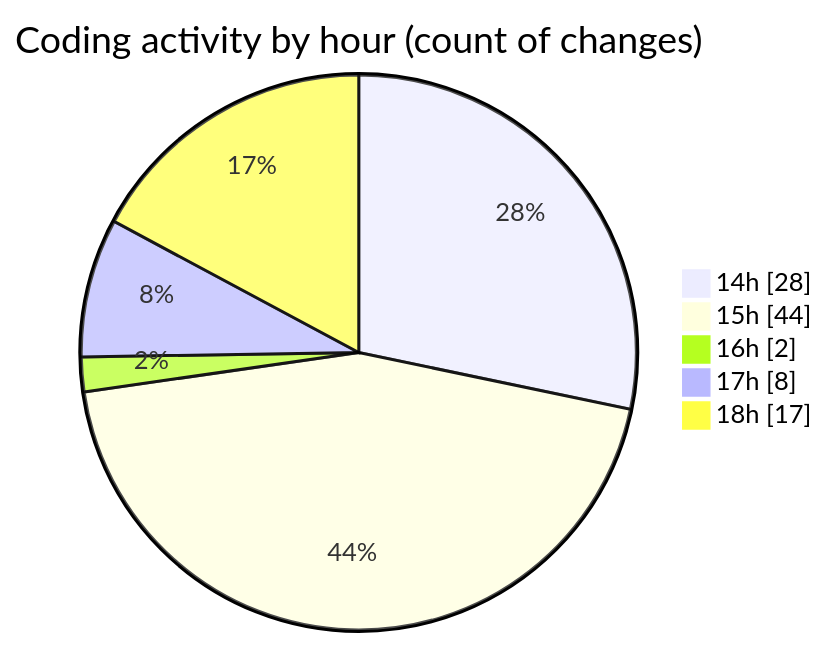
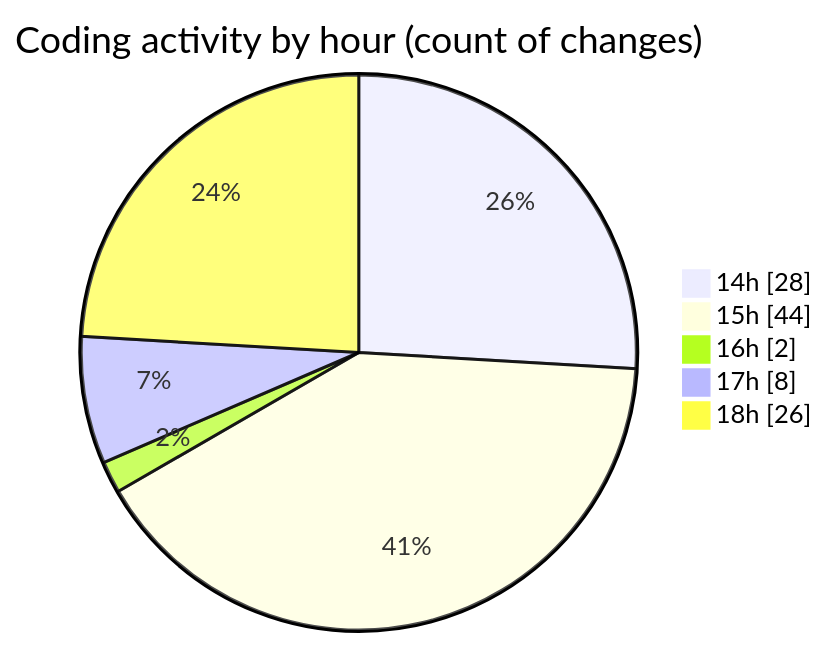
Before and after one commit to Ritupan-Deka/code-tracking: the second of 2 diagrams in 2025-07-01/urlwebwalatask/README.md, drawn with Mermaid. The commit also changed other lines of this file and 1 other file, not shown here.

````diff
--- a/2025-07-01/urlwebwalatask/README.md
+++ b/2025-07-01/urlwebwalatask/README.md
@@ -43,9 +43,9 @@
 ```mermaid
 pie showData
 title Coding activity by hour (count of changes)
 "14h" : 28
 "15h" : 44
 "16h" : 2
 "17h" : 8
-"18h" : 17
+"18h" : 26
 ```
````
